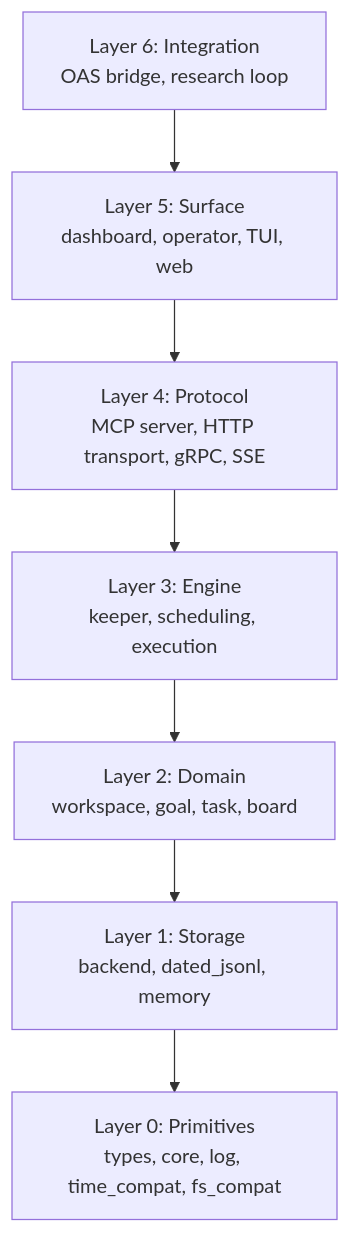
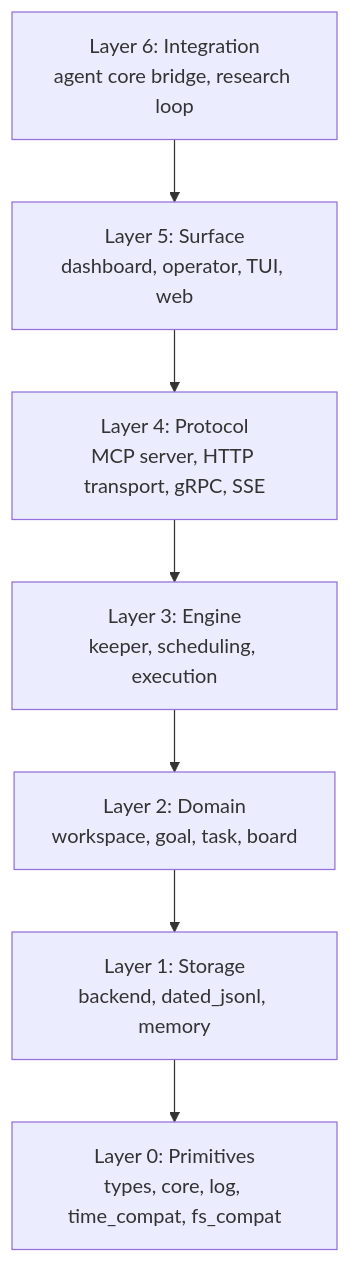
Before and after one commit to jeong-sik/masc: the diagram in docs/spec/SPEC-INDEX.md, drawn with Mermaid. The commit also changed other lines of this file and 1465 other files, not shown here.

Commit message:
refactor(agent-core): hard-cut embedded execution ownership

````diff
--- a/docs/spec/SPEC-INDEX.md
+++ b/docs/spec/SPEC-INDEX.md
@@ -40,17 +40,17 @@
 ```mermaid
 graph TB
-    L6["Layer 6: Integration<br/>OAS bridge, research loop"]
+    L6["Layer 6: Integration<br/>agent core bridge, research loop"]
     L5["Layer 5: Surface<br/>dashboard, operator, TUI, web"]
     L4["Layer 4: Protocol<br/>MCP server, HTTP transport, gRPC, SSE"]
     L3["Layer 3: Engine<br/>keeper, scheduling, execution"]
     L2["Layer 2: Domain<br/>workspace, goal, task, board"]
     L1["Layer 1: Storage<br/>backend, dated_jsonl, memory"]
     L0["Layer 0: Primitives<br/>types, core, log, time_compat, fs_compat"]
 
     L6 --> L5
     L5 --> L4
     L4 --> L3
     L3 --> L2
     L2 --> L1
     L1 --> L0
 ```
````
